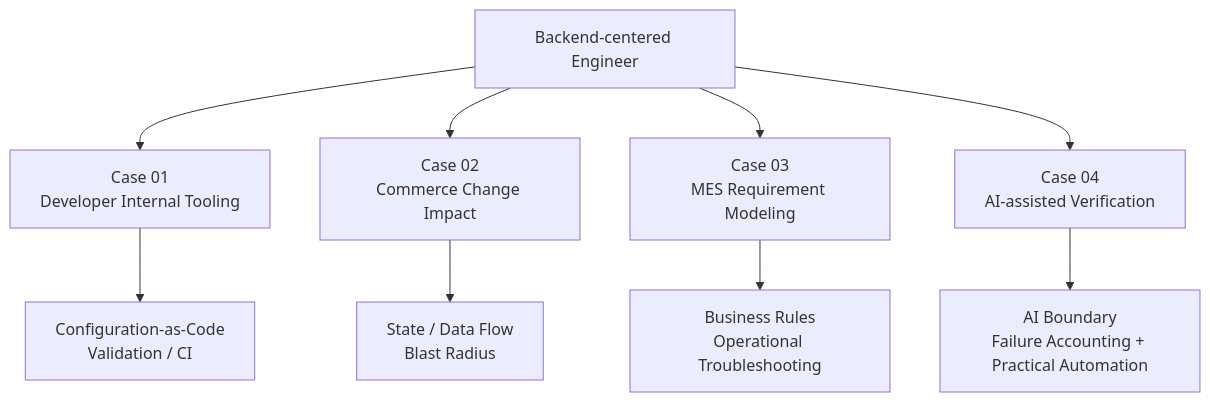
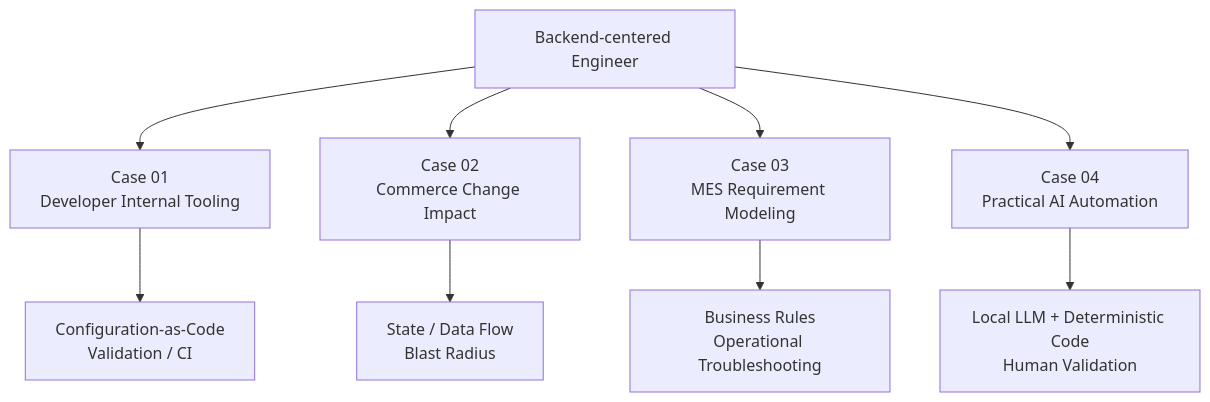
The first of 6 diagrams in PORTFOLIO-AX.md (tomtomjskim/jsnetworkcorp-portfolio), drawn with Mermaid before and after one commit. The commit also changed other lines of this file, not shown here.

Commit message:
docs: make practical local LLM automation primary AX case signal

````diff
--- a/PORTFOLIO-AX.md
+++ b/PORTFOLIO-AX.md
@@ -17,12 +17,12 @@
 ```mermaid
 flowchart TD
     ME[Backend-centered Engineer] --> C1[Case 01<br/>Developer Internal Tooling]
     ME --> C2[Case 02<br/>Commerce Change Impact]
     ME --> C3[Case 03<br/>MES Requirement Modeling]
-    ME --> C4[Case 04<br/>AI-assisted Verification]
+    ME --> C4[Case 04<br/>Practical AI Automation]
 
     C1 --> S1[Configuration-as-Code<br/>Validation / CI]
     C2 --> S2[State / Data Flow<br/>Blast Radius]
     C3 --> S3[Business Rules<br/>Operational Troubleshooting]
-    C4 --> S4[AI Boundary<br/>Failure Accounting + Practical Automation]
+    C4 --> S4[Local LLM + Deterministic Code<br/>Human Validation]
 ```
````
